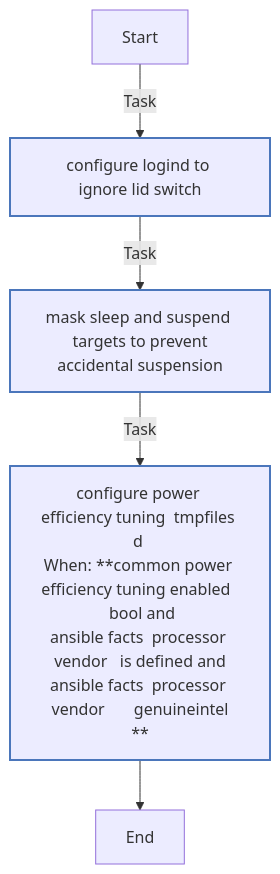
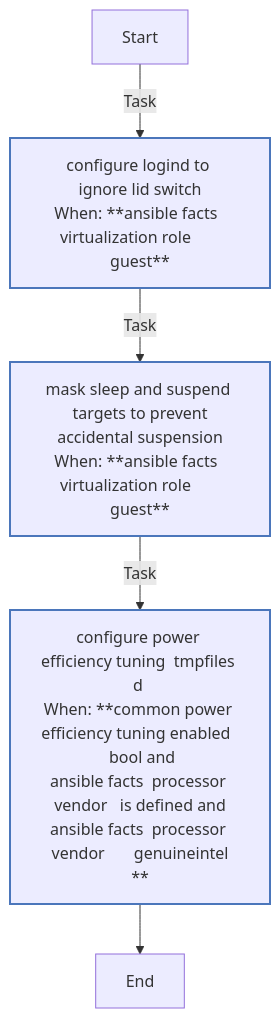
The seventh of 9 diagrams in roles/common/README.md (rou-cru/k3s-homelab), drawn with Mermaid before and after one commit. The commit also changed other lines of this file and 57 other files, not shown here.

````diff
--- a/roles/common/README.md
+++ b/roles/common/README.md
@@ -629,17 +686,17 @@
 ```mermaid
 flowchart TD
 Start
 classDef block stroke:#3498db,stroke-width:2px;
 classDef task stroke:#4b76bb,stroke-width:2px;
 classDef includeTasks stroke:#16a085,stroke-width:2px;
 classDef importTasks stroke:#34495e,stroke-width:2px;
 classDef includeRole stroke:#2980b9,stroke-width:2px;
 classDef importRole stroke:#699ba7,stroke-width:2px;
 classDef includeVars stroke:#8e44ad,stroke-width:2px;
 classDef rescue stroke:#665352,stroke-width:2px;
 
-  Start-->|Task| Configure_logind_to_ignore_Lid_Switch0[configure logind to ignore lid switch]:::task
-  Configure_logind_to_ignore_Lid_Switch0-->|Task| Mask_sleep_and_suspend_targets_to_prevent_accidental_suspension1[mask sleep and suspend targets to prevent<br>accidental suspension]:::task
+  Start-->|Task| Configure_logind_to_ignore_Lid_Switch0[configure logind to ignore lid switch<br>When: **ansible facts  virtualization role       guest**]:::task
+  Configure_logind_to_ignore_Lid_Switch0-->|Task| Mask_sleep_and_suspend_targets_to_prevent_accidental_suspension1[mask sleep and suspend targets to prevent<br>accidental suspension<br>When: **ansible facts  virtualization role       guest**]:::task
   Mask_sleep_and_suspend_targets_to_prevent_accidental_suspension1-->|Task| Configure_Power_Efficiency_Tuning__tmpfiles_d_2[configure power efficiency tuning  tmpfiles d <br>When: **common power efficiency tuning enabled   bool and<br>ansible facts  processor vendor   is defined and<br>ansible facts  processor vendor       genuineintel<br>**]:::task
   Configure_Power_Efficiency_Tuning__tmpfiles_d_2-->End
 ```
````
